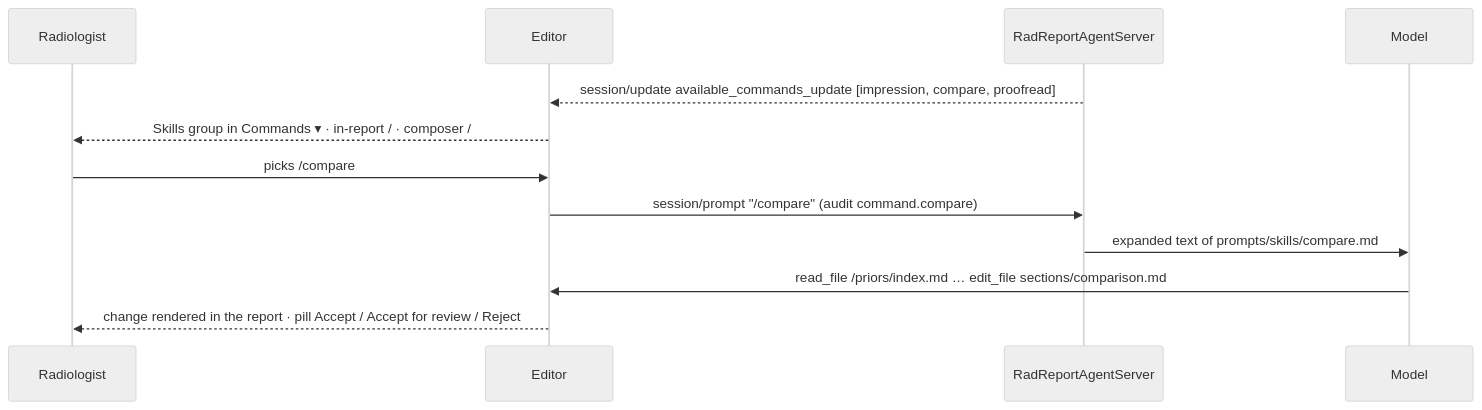
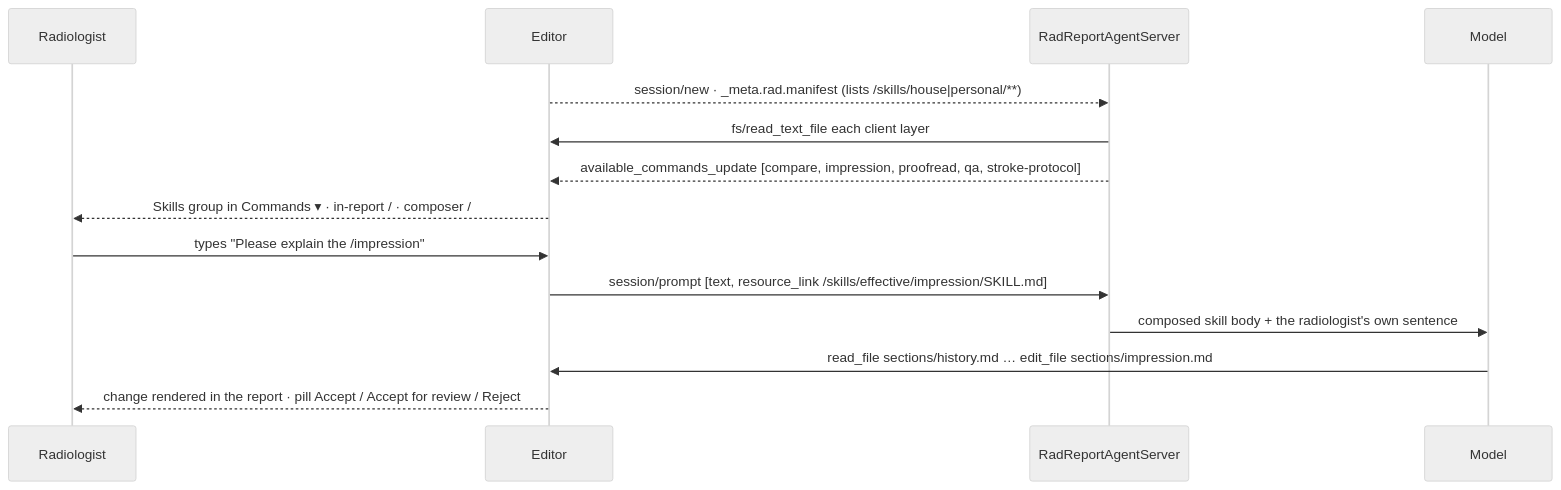
One commit to Lightbridge-KS/acp-rad-demo changed the diagram in docs/design/04-skills.md. Above: the diagram before and after it, drawn with Mermaid (neutral theme). The commit also changed other lines of this file and 10 other files, not shown here.

````diff
--- a/docs/design/04-skills.md
+++ b/docs/design/04-skills.md
@@ -15,14 +25,16 @@
 ```mermaid
 sequenceDiagram
     participant R as Radiologist
     participant E as Editor
     participant S as RadReportAgentServer
     participant M as Model
-    S-->>E: session/update available_commands_update [impression, compare, proofread]
+    E-->>S: session/new · _meta.rad.manifest (lists /skills/house|personal/**)
+    S->>E: fs/read_text_file each client layer
+    S-->>E: available_commands_update [compare, impression, proofread, qa, stroke-protocol]
     E-->>R: Skills group in Commands ▾ · in-report / · composer /
-    R->>E: picks /compare
-    E->>S: session/prompt "/compare"  (audit command.compare)
-    S->>M: expanded text of prompts/skills/compare.md
-    M->>E: read_file /priors/index.md … edit_file sections/comparison.md
+    R->>E: types "Please explain the /impression"
+    E->>S: session/prompt [text, resource_link /skills/effective/impression/SKILL.md]
+    S->>M: composed skill body + the radiologist's own sentence
+    M->>E: read_file sections/history.md … edit_file sections/impression.md
     E-->>R: change rendered in the report · pill Accept / Accept for review / Reject
 ```
````
